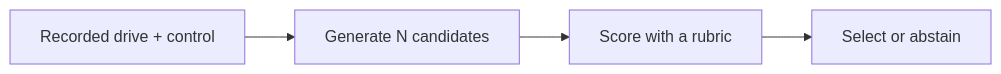
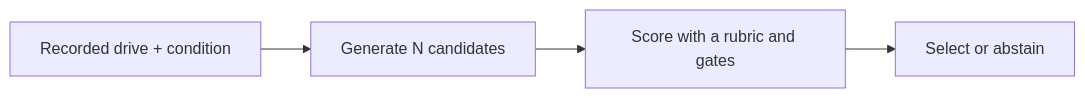
One commit to miss-classification/cut-ai-edu changed the diagram in README.md. Above: the diagram before and after it, drawn with Mermaid. The commit also changed other lines of this file and 127 other files, not shown here.

````diff
--- a/README.md
+++ b/README.md
@@ -31,6 +64,6 @@
 ```mermaid
 flowchart LR
-    A["Recorded drive + control"] --> B["Generate N candidates"]
-    B --> C["Score with a rubric"]
+    A["Recorded drive + condition"] --> B["Generate N candidates"]
+    B --> C["Score with a rubric and gates"]
     C --> D["Select or abstain"]
 ```
````
